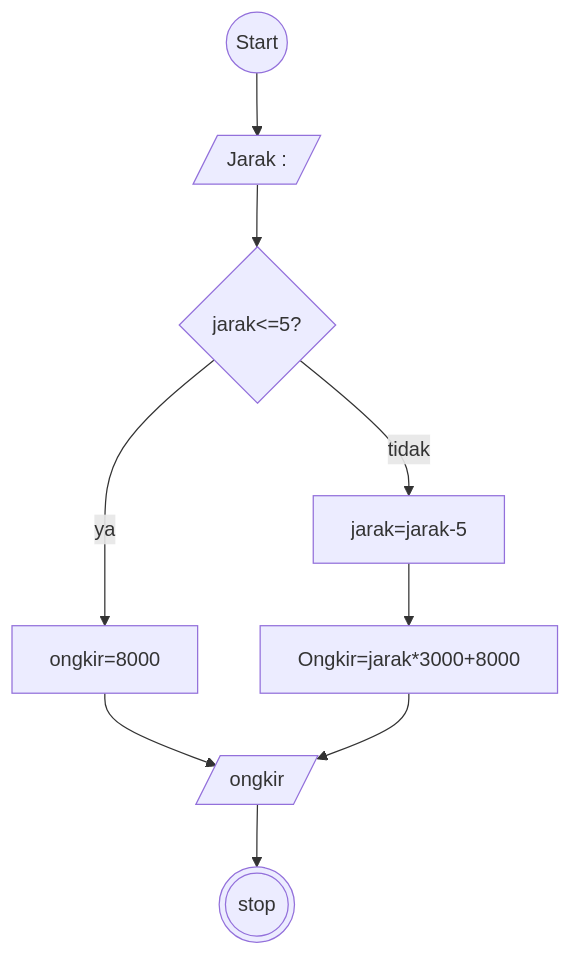
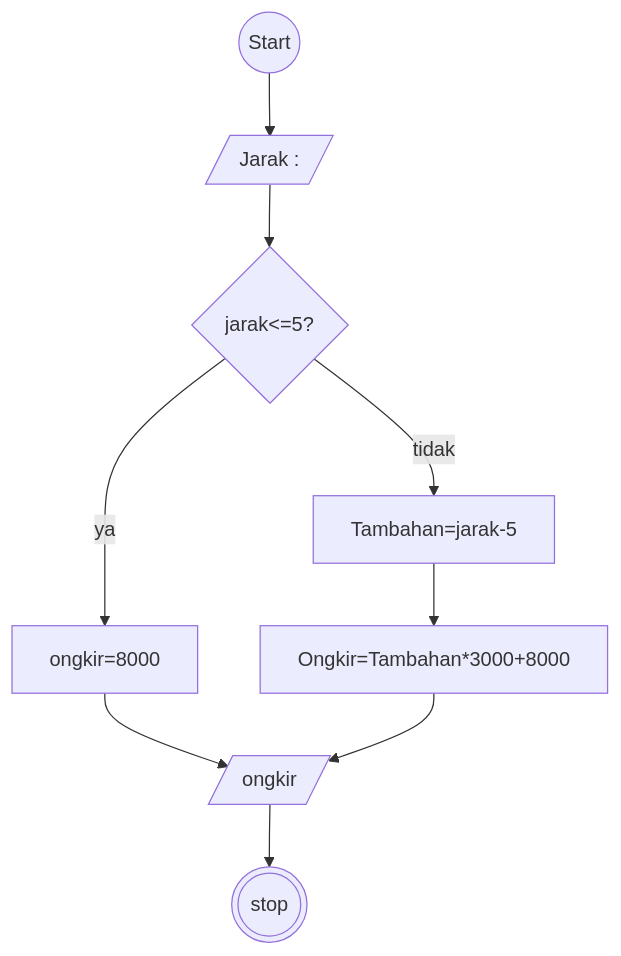
Before and after one commit to hilmy07/koda-b4-algoritma: the diagram in minitask8.md, drawn with Mermaid.

````diff
--- a/minitask8.md
+++ b/minitask8.md
@@ -3,13 +3,13 @@
 ```mermaid
 flowchart TD;
 
 strt((Start))-->km[/Jarak : /]
 km-->dcs{jarak<=5?};
-dcs--tidak-->jarak[jarak=jarak-5];
-jarak-->hsl2[Ongkir=jarak*3000+8000];
+dcs--tidak-->Tambahan[Tambahan=jarak-5];
+Tambahan-->hsl2[Ongkir=Tambahan*3000+8000];
 dcs--ya-->hsl1[ongkir=8000];
 hsl1-->total[/ongkir/];
 hsl2-->total[/ongkir/];
 total[/ongkir/]-->stp(((stop)));
 
 ```
````
